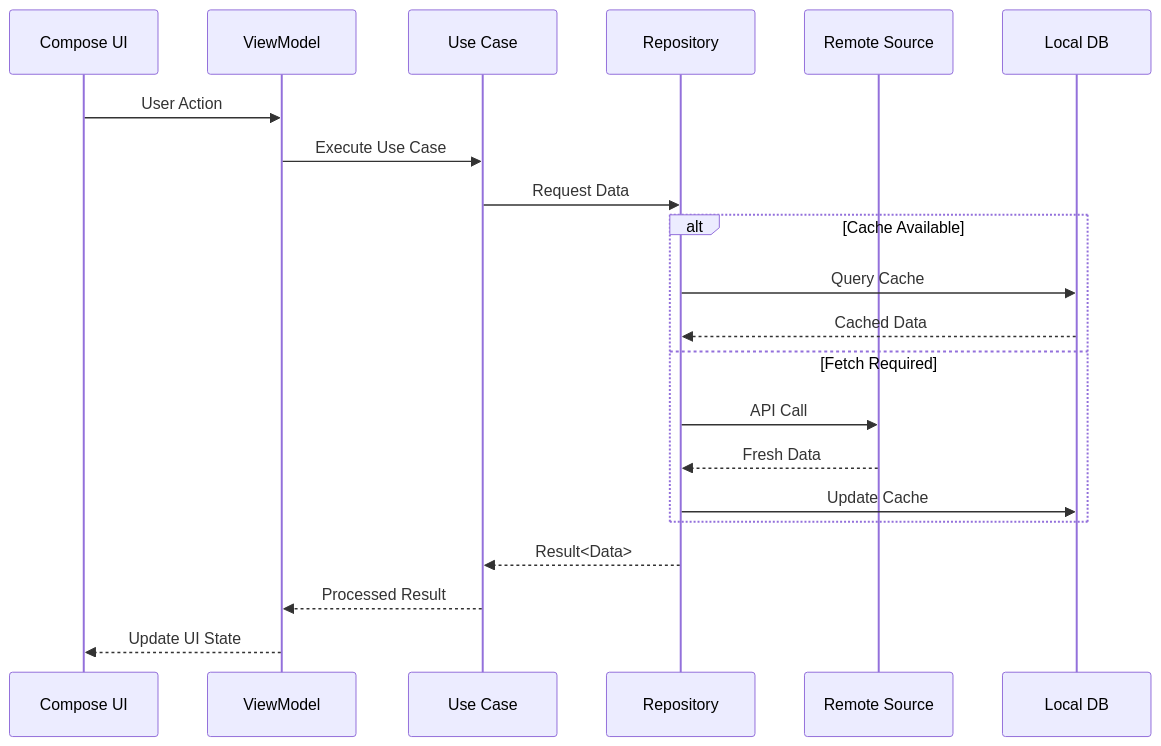
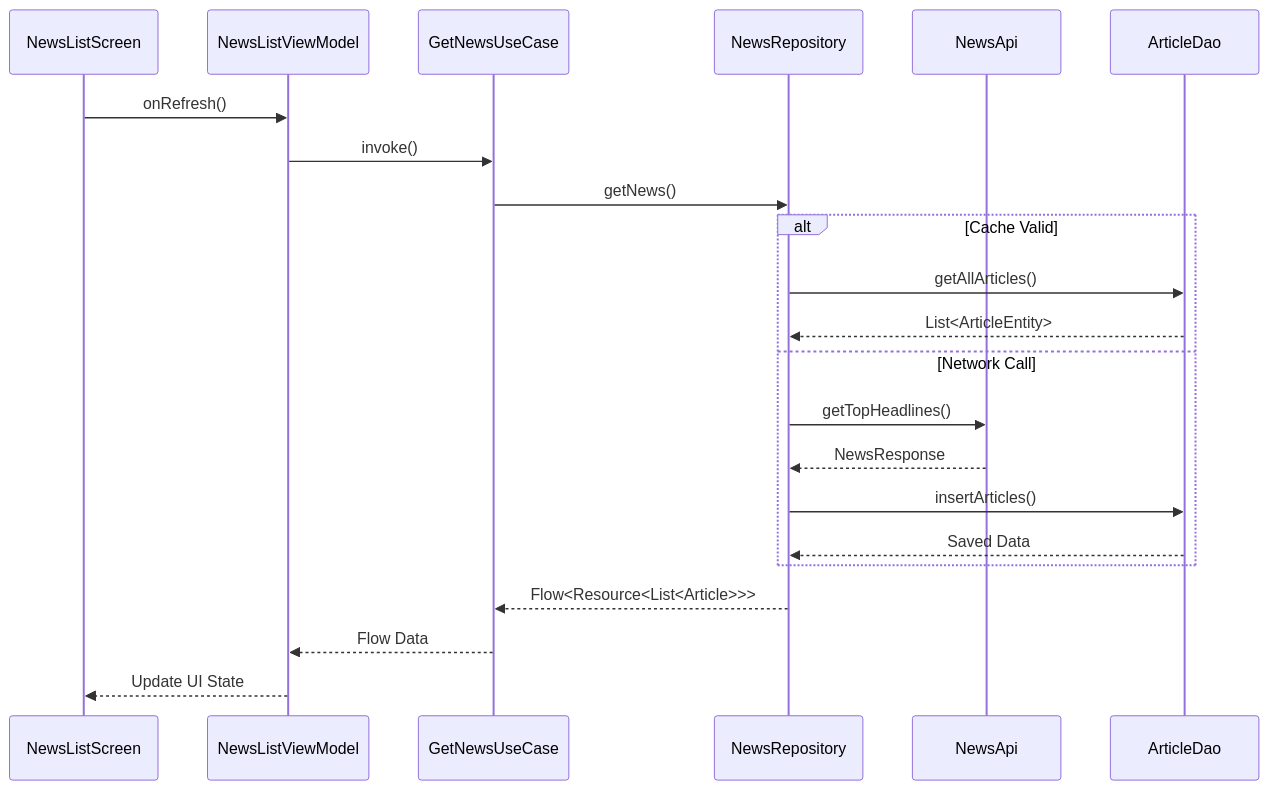
One commit to undead2146/NexusNews changed the second of 2 diagrams in docs/architecture/index.md. Above: the diagram before and after it, drawn with Mermaid. The commit also changed other lines of this file and 37 other files, not shown here.

````diff
--- a/docs/architecture/index.md
+++ b/docs/architecture/index.md
@@ -81,26 +80,27 @@
 ```mermaid
 sequenceDiagram
-    participant UI as Compose UI
-    participant VM as ViewModel
-    participant UC as Use Case
-    participant Repo as Repository
-    participant Remote as Remote Source
-    participant Local as Local DB
+    participant UI as NewsListScreen
+    participant VM as NewsListViewModel
+    participant UC as GetNewsUseCase
+    participant Repo as NewsRepository
+    participant Remote as NewsApi
+    participant Local as ArticleDao
 
-    UI->>VM: User Action
-    VM->>UC: Execute Use Case
-    UC->>Repo: Request Data
-    
-    alt Cache Available
-        Repo->>Local: Query Cache
-        Local-->>Repo: Cached Data
-    else Fetch Required
-        Repo->>Remote: API Call
-        Remote-->>Repo: Fresh Data
-        Repo->>Local: Update Cache
+    UI->>VM: onRefresh()
+    VM->>UC: invoke()
+    UC->>Repo: getNews()
+
+    alt Cache Valid
+        Repo->>Local: getAllArticles()
+        Local-->>Repo: List<ArticleEntity>
+    else Network Call
+        Repo->>Remote: getTopHeadlines()
+        Remote-->>Repo: NewsResponse
+        Repo->>Local: insertArticles()
+        Local-->>Repo: Saved Data
     end
-    
-    Repo-->>UC: Result<Data>
-    UC-->>VM: Processed Result
+
+    Repo-->>UC: Flow<Resource<List<Article>>>
+    UC-->>VM: Flow Data
     VM-->>UI: Update UI State
 ```
````
